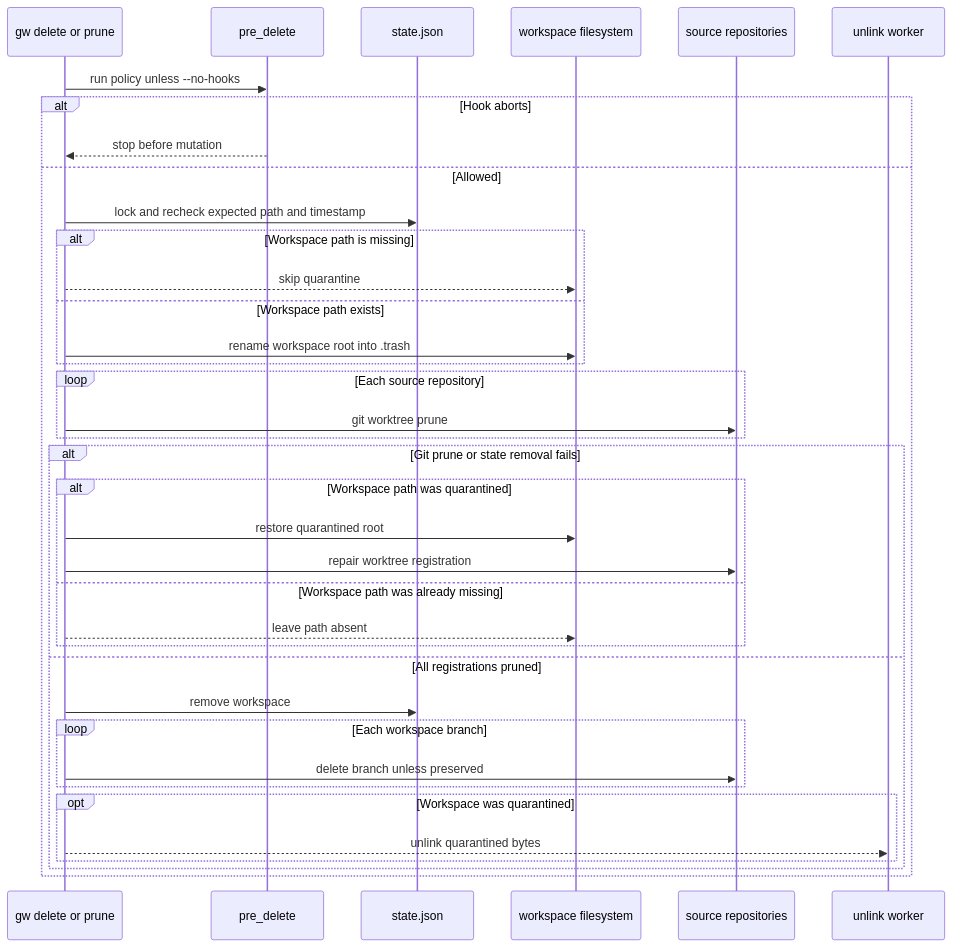
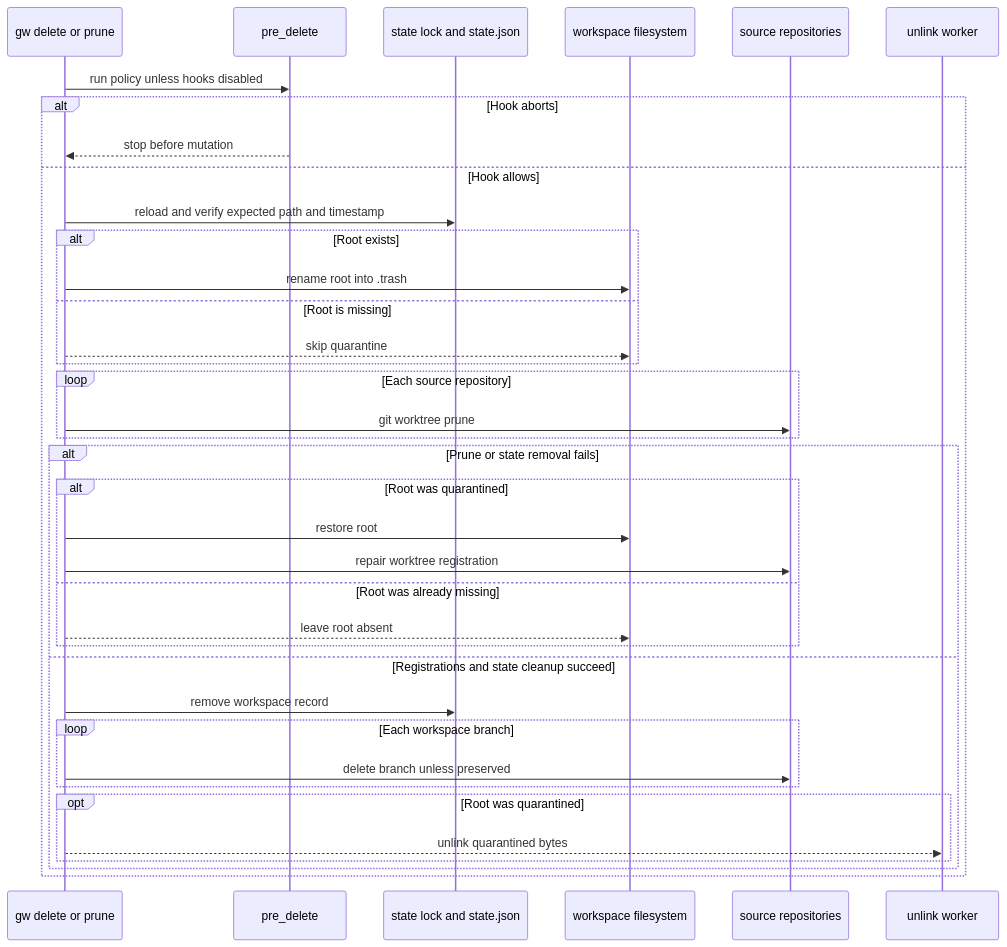
The second of 2 diagrams in openwiki/workflows.md (nicksenap/grove), drawn with Mermaid before and after one commit. The commit also changed other lines of this file and 26 other files, not shown here.

````diff
--- a/openwiki/workflows.md
+++ b/openwiki/workflows.md
@@ -165,39 +170,39 @@
 ```mermaid
 sequenceDiagram
     participant CLI as gw delete or prune
     participant Hook as pre_delete
-    participant State as state.json
+    participant State as state lock and state.json
     participant FS as workspace filesystem
     participant Git as source repositories
     participant Trash as unlink worker
-    CLI->>Hook: run policy unless --no-hooks
+    CLI->>Hook: run policy unless hooks disabled
     alt Hook aborts
         Hook-->>CLI: stop before mutation
-    else Allowed
-        CLI->>State: lock and recheck expected path and timestamp
-        alt Workspace path is missing
+    else Hook allows
+        CLI->>State: reload and verify expected path and timestamp
+        alt Root exists
+            CLI->>FS: rename root into .trash
+        else Root is missing
             CLI-->>FS: skip quarantine
-        else Workspace path exists
-            CLI->>FS: rename workspace root into .trash
         end
         loop Each source repository
             CLI->>Git: git worktree prune
         end
-        alt Git prune or state removal fails
-            alt Workspace path was quarantined
-                CLI->>FS: restore quarantined root
+        alt Prune or state removal fails
+            alt Root was quarantined
+                CLI->>FS: restore root
                 CLI->>Git: repair worktree registration
-            else Workspace path was already missing
-                CLI-->>FS: leave path absent
+            else Root was already missing
+                CLI-->>FS: leave root absent
             end
-        else All registrations pruned
-            CLI->>State: remove workspace
+        else Registrations and state cleanup succeed
+            CLI->>State: remove workspace record
             loop Each workspace branch
                 CLI->>Git: delete branch unless preserved
             end
-            opt Workspace was quarantined
+            opt Root was quarantined
                 CLI-->>Trash: unlink quarantined bytes
             end
         end
     end
 ```
````
